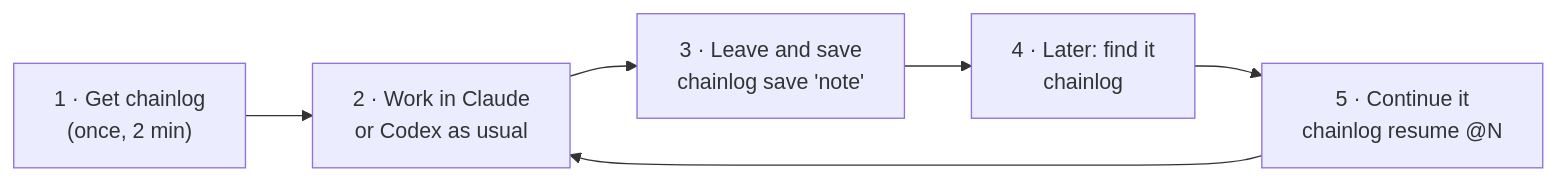
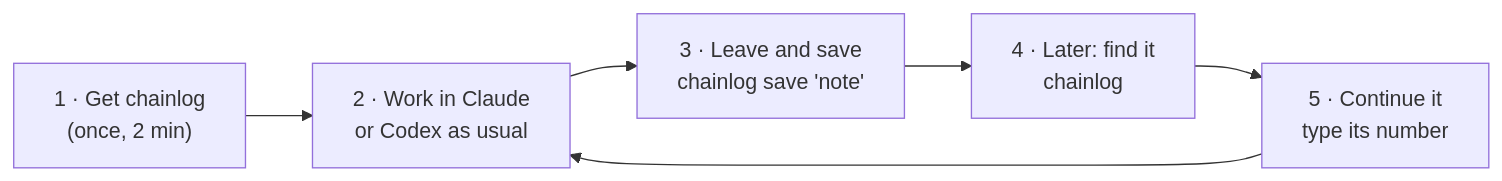
One commit to mdismail-cse/chainlog changed the first of 2 diagrams in README.md. Above: the diagram before and after it, drawn with Mermaid. The commit also changed other lines of this file and 9 other files, not shown here.

First line of the commit message:
Open a session straight from the list: type its number

````diff
--- a/README.md
+++ b/README.md
@@ -29,8 +29,8 @@
 ```mermaid
 flowchart LR
     A["1 · Get chainlog<br/>(once, 2 min)"] --> B["2 · Work in Claude<br/>or Codex as usual"]
     B --> C["3 · Leave and save<br/>chainlog save 'note'"]
     C --> D["4 · Later: find it<br/>chainlog"]
-    D --> E["5 · Continue it<br/>chainlog resume @N"]
+    D --> E["5 · Continue it<br/>type its number"]
     E --> B
 ```
````
